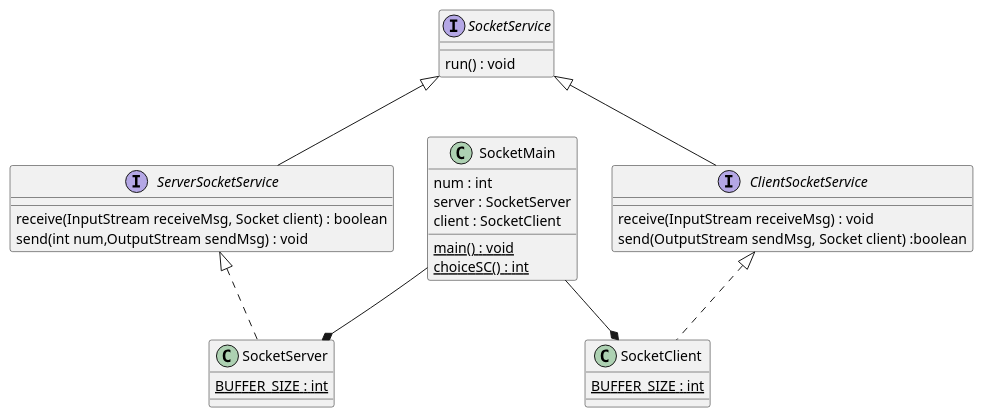
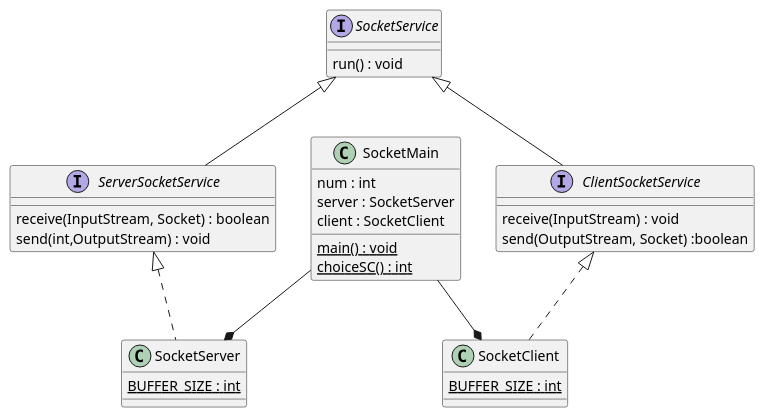
One commit to Youngho62/Socket changed the diagram in z.doc/ClassDiagram.md. Above: the diagram before and after it, drawn with PlantUML. The commit also changed other lines of this file and 2 other files, not shown here.

Commit message:
2020/08/19.ver1

```diff
--- a/z.doc/ClassDiagram.md
+++ b/z.doc/ClassDiagram.md
@@ -1,34 +1,34 @@
 @startuml
 interface SocketService{
     run() : void
 }
 
 interface ServerSocketService extends SocketService{
-    receive(InputStream receiveMsg, Socket client) : boolean
-    send(int num,OutputStream sendMsg) : void
+    receive(InputStream, Socket) : boolean
+    send(int,OutputStream) : void
 }
 
 interface ClientSocketService extends SocketService{
-	receive(InputStream receiveMsg) : void
-	send(OutputStream sendMsg, Socket client) :boolean
+	receive(InputStream) : void
+	send(OutputStream, Socket) :boolean
 }
 
 class SocketClient implements ClientSocketService{
     {static} BUFFER_SIZE : int
 }
 
 class SocketServer implements ServerSocketService{
     {static} BUFFER_SIZE : int
 }
 
 class SocketMain{
     num : int
     server : SocketServer
     client : SocketClient
     {static} main() : void
     {static} choiceSC() : int
 }
 
 SocketMain --* SocketServer
 SocketMain --* SocketClient
 @enduml
```
